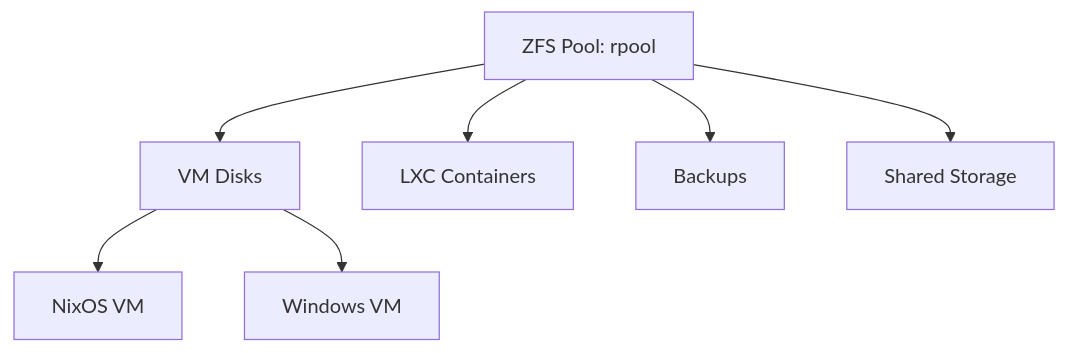
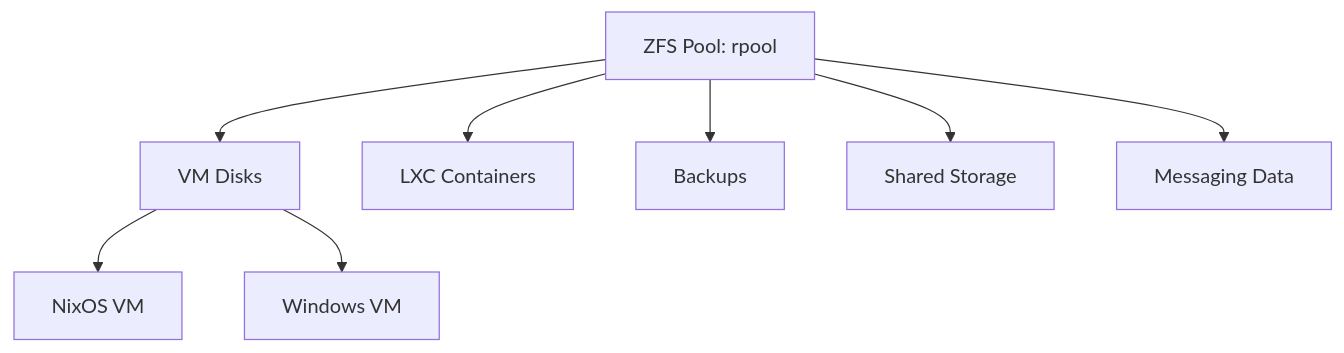
The second of 10 diagrams in docs/architecture/ARCHITECTURE.md (Hydepwns/nix-mox), drawn with Mermaid before and after one commit. The commit also changed other lines of this file and 4 other files, not shown here.

First line of the commit message:
docs: update architecture and scripting documentation

````diff
--- a/docs/architecture/ARCHITECTURE.md
+++ b/docs/architecture/ARCHITECTURE.md
@@ -43,11 +65,12 @@
 ```mermaid
 graph TD
     rpool["ZFS Pool: rpool"]
     rpool --> VM_Disks
     VM_Disks["VM Disks"]
     VM_Disks --> NixOS_VM["NixOS VM"]
     VM_Disks --> Windows_VM["Windows VM"]
     rpool --> LXC_Containers["LXC Containers"]
     rpool --> Backups["Backups"]
     rpool --> Shared_Storage["Shared Storage"]
+    rpool --> Messaging_Data["Messaging Data"]
 ```
````
